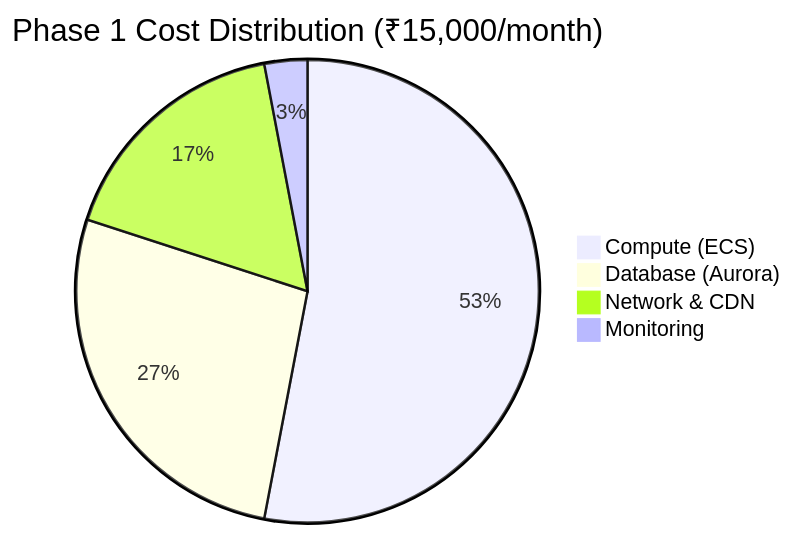
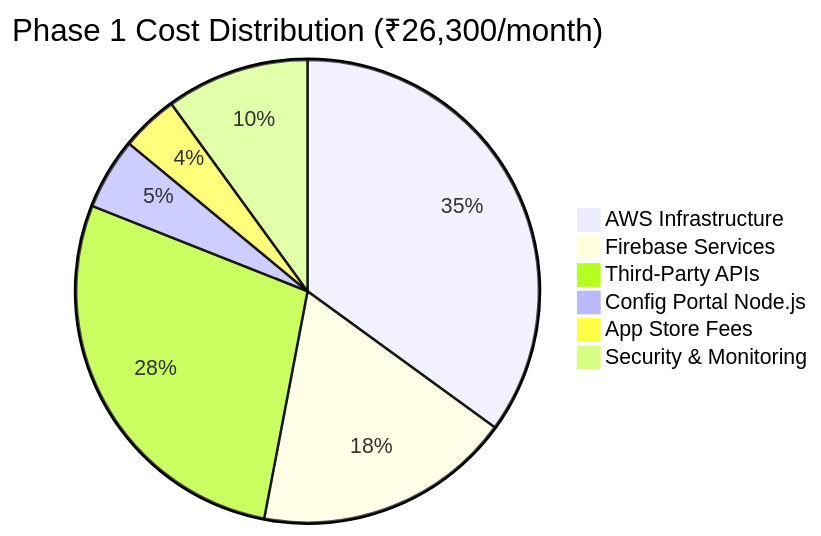
Before and after one commit to manizvlabs/agentmitra: diagram 14 of 16 in discovery/deployment/deployment-design.md, drawn with Mermaid. The commit also changed other lines of this file, not shown here.

First line of the commit message:
refactor: unify backend architecture - remove Node.js backend, keep React frontend

````diff
--- a/discovery/deployment/deployment-design.md
+++ b/discovery/deployment/deployment-design.md
@@ -2016,7 +2782,9 @@
 ```mermaid
-pie title Phase 1 Cost Distribution (₹15,000/month)
-    "Compute (ECS)" : 53
-    "Database (Aurora)" : 27
-    "Network & CDN" : 17
-    "Monitoring" : 3
+pie title Phase 1 Cost Distribution (₹26,300/month)
+    "AWS Infrastructure" : 35
+    "Firebase Services" : 18
+    "Third-Party APIs" : 28
+    "Config Portal Node.js" : 5
+    "App Store Fees" : 4
+    "Security & Monitoring" : 10
 ```
````
